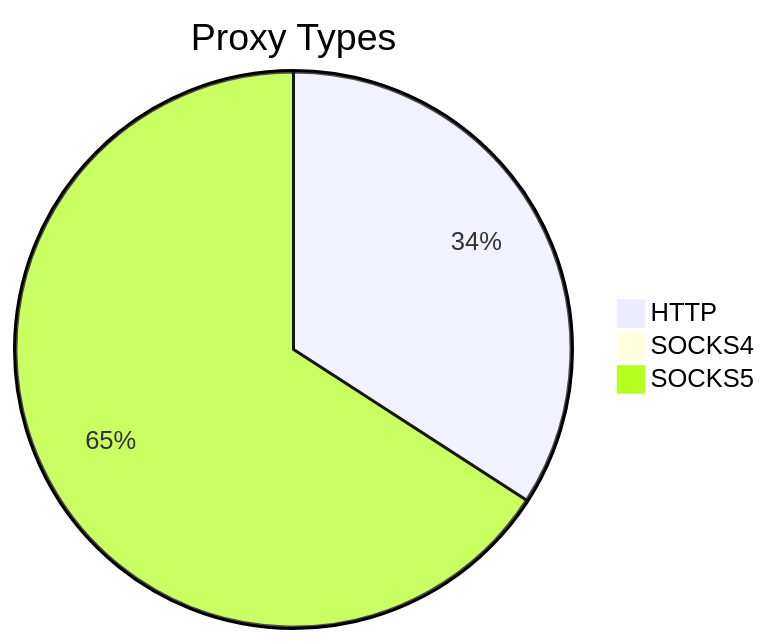
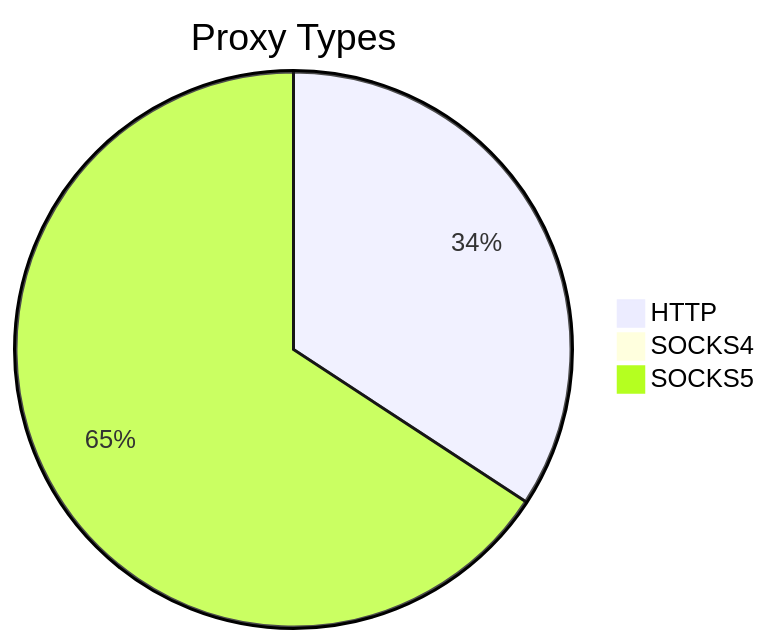
The first of 2 diagrams in README.md (stormsia/proxy-list), drawn with Mermaid before and after one commit. The commit also changed other lines of this file, not shown here.

````diff
--- a/README.md
+++ b/README.md
@@ -21,6 +21,6 @@
 ```mermaid
 pie title Proxy Types
-    "HTTP" : 1052
-    "SOCKS4" : 18
-    "SOCKS5" : 2030
+    "HTTP" : 1014
+    "SOCKS4" : 16
+    "SOCKS5" : 1948
 ```
````
